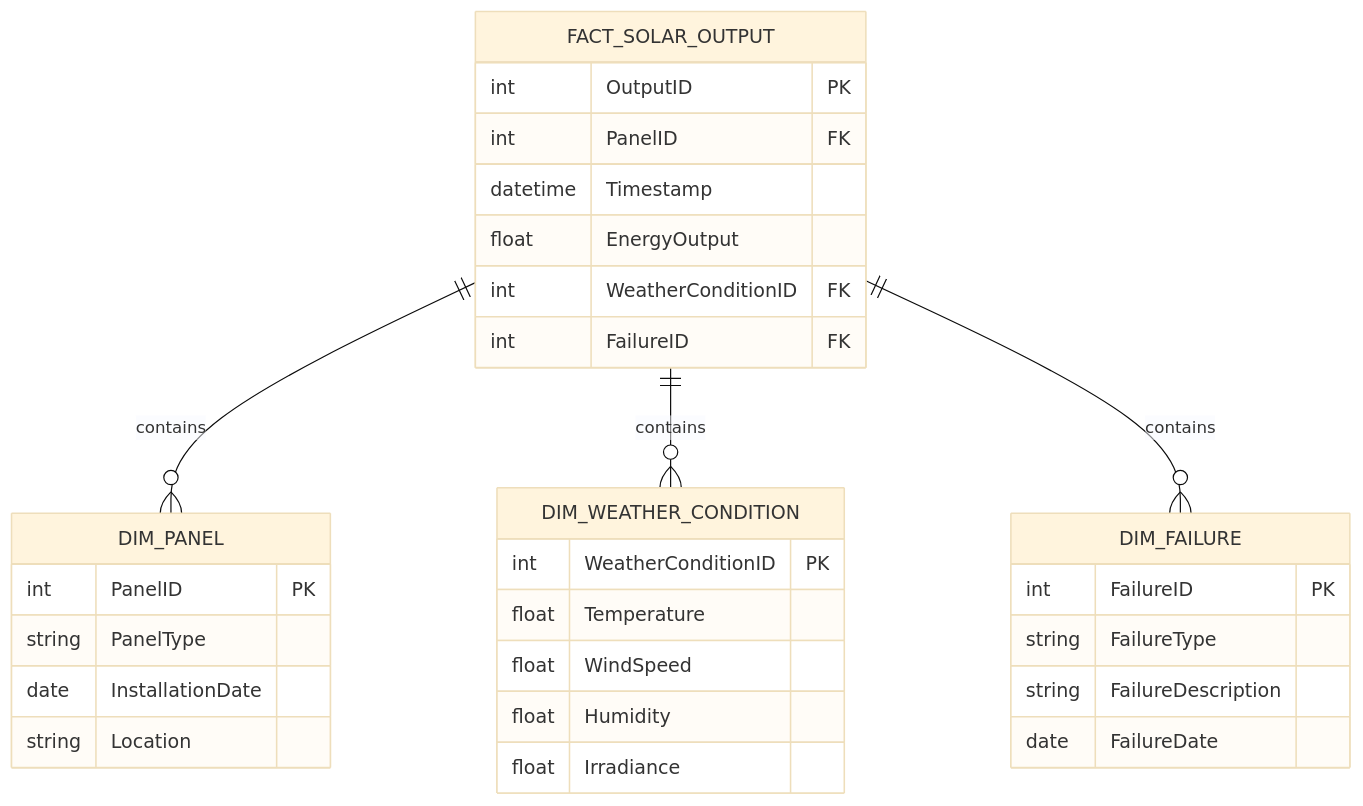
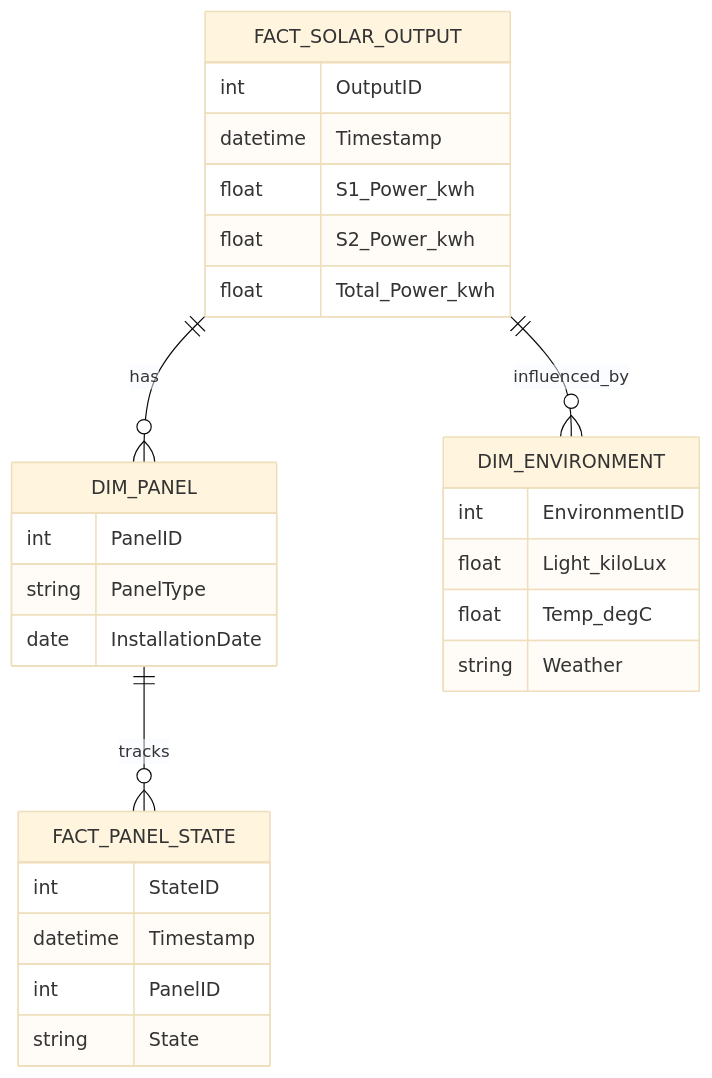
The diagram in docs/data_model.md (selin-k/bi_report_project), drawn with Mermaid (base theme) before and after one commit. The commit also changed other lines of this file and 19 other files, not shown here.

````diff
--- a/docs/data_model.md
+++ b/docs/data_model.md
@@ -24,33 +24,30 @@
 ```mermaid
 erDiagram
-    FACT_SOLAR_OUTPUT ||--o{ DIM_PANEL : contains
-    FACT_SOLAR_OUTPUT ||--o{ DIM_WEATHER_CONDITION : contains
-    FACT_SOLAR_OUTPUT ||--o{ DIM_FAILURE : contains
+    FACT_SOLAR_OUTPUT ||--o{ DIM_PANEL : has
+    FACT_SOLAR_OUTPUT {
+        int OutputID
+        datetime Timestamp
+        float S1_Power_kwh
+        float S2_Power_kwh
+        float Total_Power_kwh
+    }
+    DIM_PANEL ||--o{ FACT_PANEL_STATE : tracks
     DIM_PANEL {
-        int PanelID PK
+        int PanelID
         string PanelType
         date InstallationDate
-        string Location
     }
-    DIM_WEATHER_CONDITION {
-        int WeatherConditionID PK
-        float Temperature
-        float WindSpeed
-        float Humidity
-        float Irradiance
+    FACT_PANEL_STATE {
+        int StateID
+        datetime Timestamp
+        int PanelID
+        string State
     }
-    DIM_FAILURE {
-        int FailureID PK
-        string FailureType
-        string FailureDescription
-        date FailureDate
-    }
-    FACT_SOLAR_OUTPUT {
-        int OutputID PK
-        int PanelID FK
-        datetime Timestamp
-        float EnergyOutput
-        int WeatherConditionID FK
-        int FailureID FK
+    FACT_SOLAR_OUTPUT ||--o{ DIM_ENVIRONMENT : influenced_by
+    DIM_ENVIRONMENT {
+        int EnvironmentID
+        float Light_kiloLux
+        float Temp_degC
+        string Weather
     }
 ```
````
